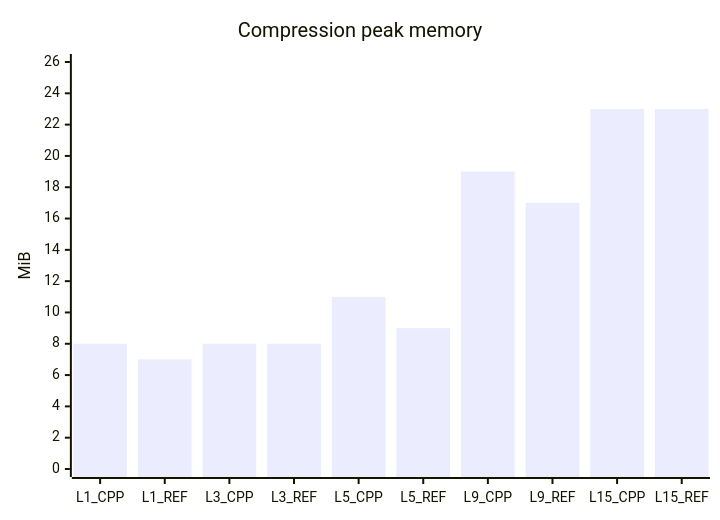
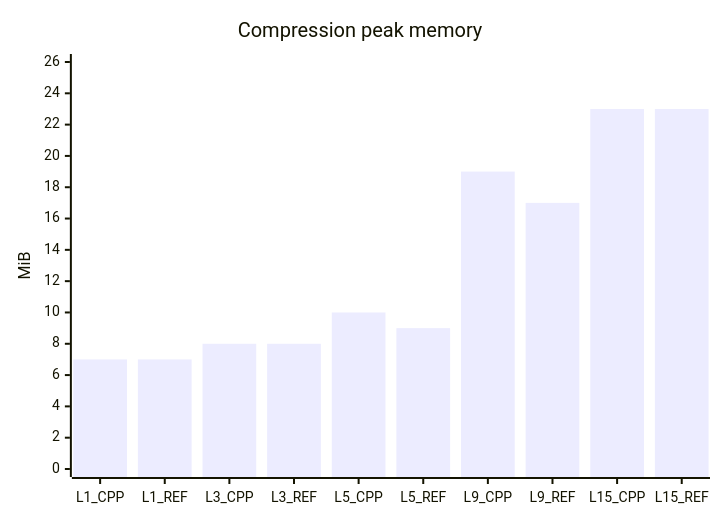
Before and after one commit to mheyman/zstdpp: the third of 7 diagrams in README.md, drawn with Mermaid. The commit also changed other lines of this file, not shown here.

````diff
--- a/README.md
+++ b/README.md
@@ -160,7 +160,7 @@
 ```mermaid
 xychart-beta
     title "Compression peak memory"
     x-axis [L1_CPP, L1_REF, L3_CPP, L3_REF, L5_CPP, L5_REF, L9_CPP, L9_REF, L15_CPP, L15_REF]
     y-axis "MiB" 0 --> 26
-    bar [8, 7, 8, 8, 11, 9, 19, 17, 23, 23]
+    bar [7, 7, 8, 8, 10, 9, 19, 17, 23, 23]
 ```
````
